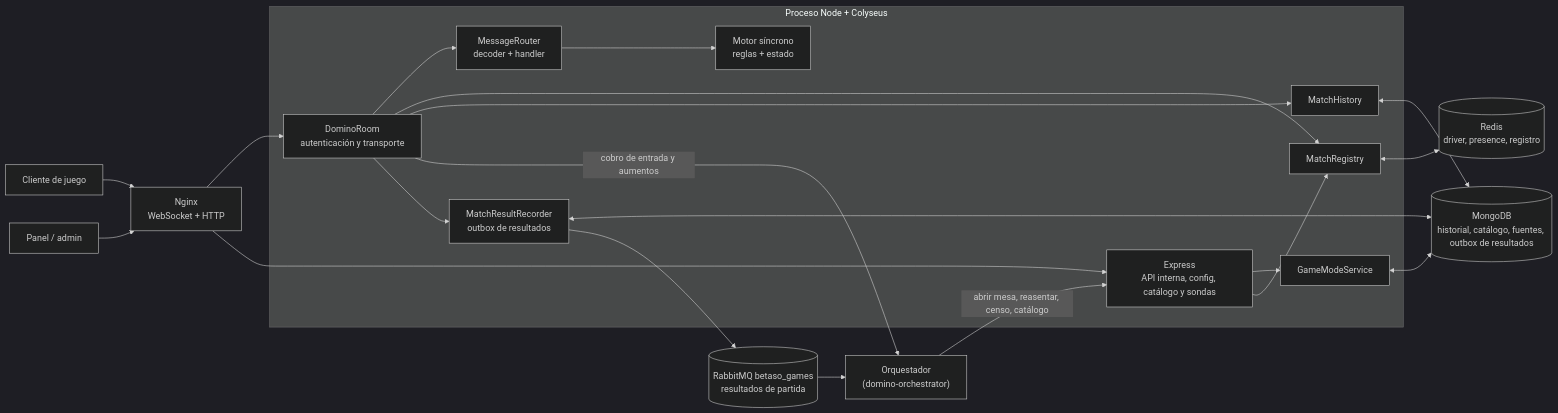
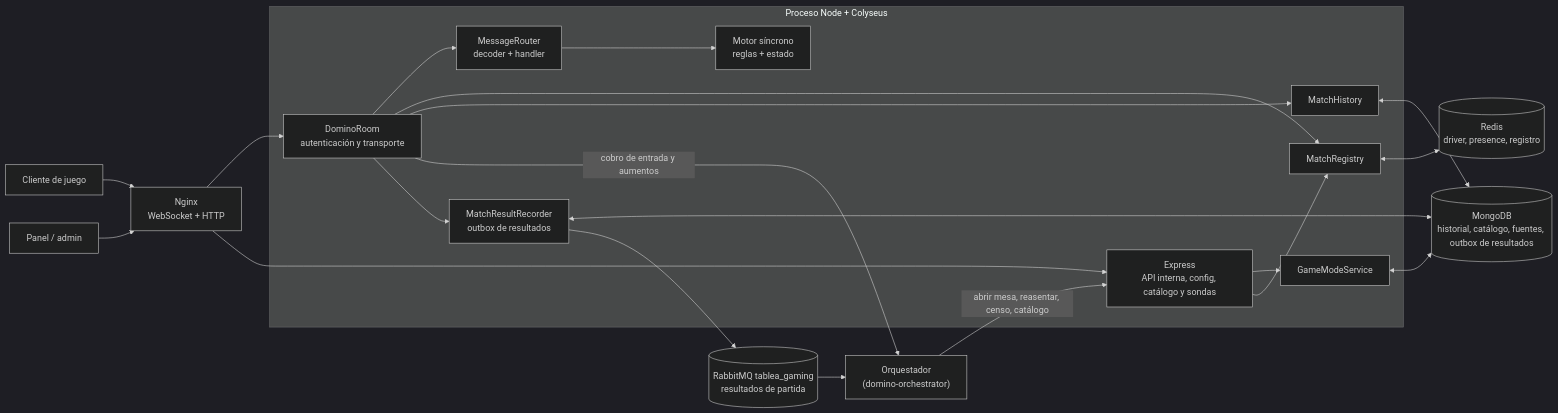
The first of 5 diagrams in docs/arquitectura.md (Betaso-Team/domino-backend-v2), drawn with Mermaid (dark theme) before and after one commit. The commit also changed other lines of this file and 44 other files, not shown here.

First line of the commit message:
chore: Betaso Games pasa a llamarse Tablea Gaming

````diff
--- a/docs/arquitectura.md
+++ b/docs/arquitectura.md
@@ -15,41 +15,41 @@
 ```mermaid
 flowchart LR
   Client["Cliente de juego"]
   Orch["Orquestador\n(domino-orchestrator)"]
   Panel["Panel / admin"]
   Proxy["Nginx\nWebSocket + HTTP"]
 
   subgraph Process["Proceso Node + Colyseus"]
     Room["DominoRoom\nautenticación y transporte"]
     Router["MessageRouter\ndecoder + handler"]
     Engine["Motor síncrono\nreglas + estado"]
     HTTP["Express\nAPI interna, config, catálogo y sondas"]
     Registry["MatchRegistry"]
     Catalog["GameModeService"]
     History["MatchHistory"]
     Results["MatchResultRecorder\noutbox de resultados"]
   end
 
   Redis[("Redis\ndriver, presence, registro")]
   Mongo[("MongoDB\nhistorial, catálogo, fuentes, outbox de resultados")]
-  Games[("RabbitMQ betaso_games\nresultados de partida")]
+  Games[("RabbitMQ tablea_gaming\nresultados de partida")]
 
   Client --> Proxy
   Panel --> Proxy
   Orch -->|"abrir mesa, reasentar, censo, catálogo"| HTTP
   Proxy --> Room
   Proxy --> HTTP
   Room --> Router --> Engine
   Room --> Registry
   Room --> History
   Room -->|"cobro de entrada y aumentos"| Orch
   Room --> Results
   HTTP --> Catalog
   HTTP --> Registry
   Registry <--> Redis
   History <--> Mongo
   Catalog <--> Mongo
   Results <--> Mongo
   Results --> Games
   Games --> Orch
 ```
````
